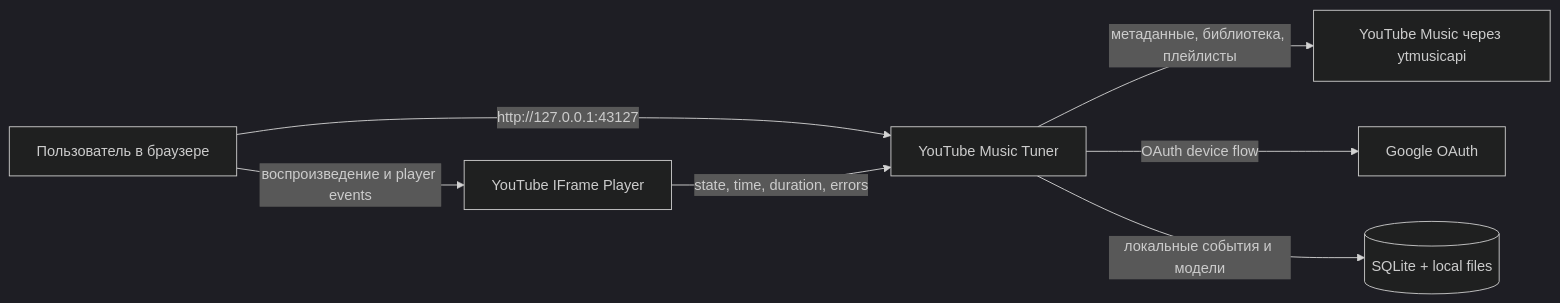
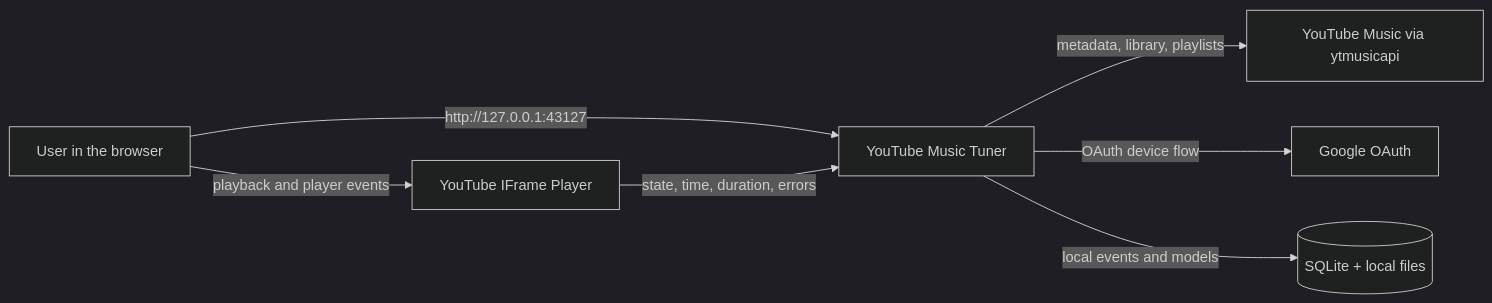
Before and after one commit to dmitry-minchuk/youtube-music-tuner: the first of 3 diagrams in docs/02-system-architecture.md, drawn with Mermaid (dark theme). The commit also changed other lines of this file and 21 other files, not shown here.

````diff
--- a/docs/02-system-architecture.md
+++ b/docs/02-system-architecture.md
@@ -11,9 +11,9 @@
 ```mermaid
 flowchart LR
-    U["Пользователь в браузере"] -->|"http://127.0.0.1:43127"| T["YouTube Music Tuner"]
-    T -->|"метаданные, библиотека, плейлисты"| Y["YouTube Music через ytmusicapi"]
+    U["User in the browser"] -->|"http://127.0.0.1:43127"| T["YouTube Music Tuner"]
+    T -->|"metadata, library, playlists"| Y["YouTube Music via ytmusicapi"]
     T -->|"OAuth device flow"| G["Google OAuth"]
-    U -->|"воспроизведение и player events"| I["YouTube IFrame Player"]
+    U -->|"playback and player events"| I["YouTube IFrame Player"]
     I -->|"state, time, duration, errors"| T
-    T -->|"локальные события и модели"| D[("SQLite + local files")]
+    T -->|"local events and models"| D[("SQLite + local files")]
 ```
````
